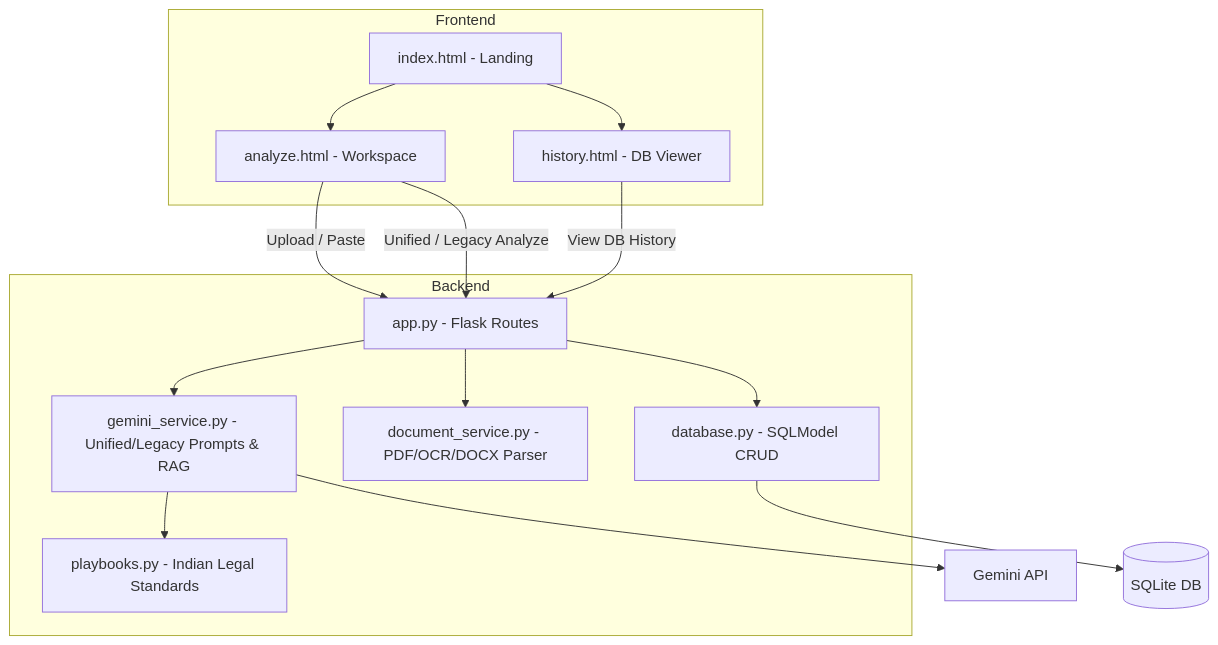
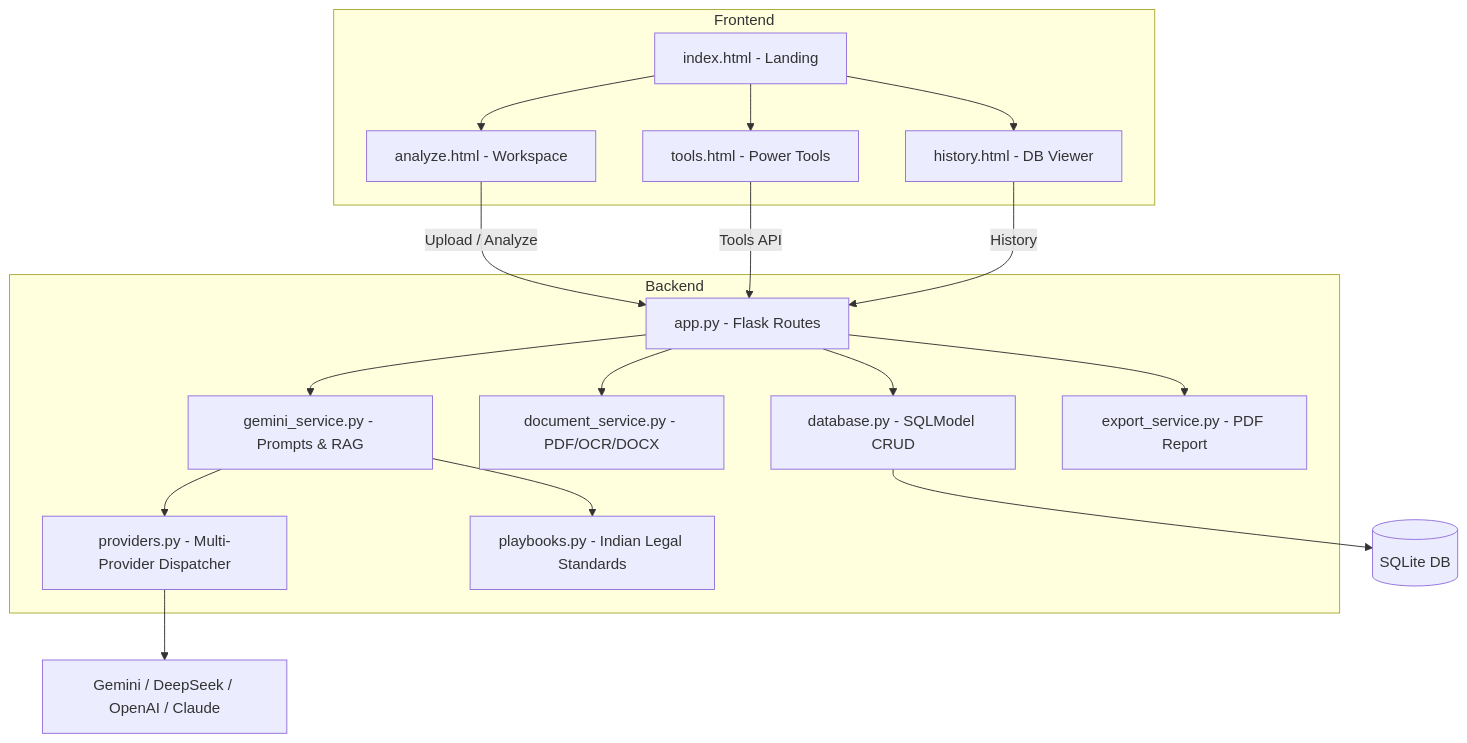
The diagram in README.md (THARUN9959/Clause-Clear-AI), drawn with Mermaid before and after one commit. The commit also changed other lines of this file and 2 other files, not shown here.

````diff
--- a/README.md
+++ b/README.md
@@ -78,21 +135,25 @@
 ```mermaid
 graph TB
     subgraph Frontend
         A[index.html - Landing] --> B[analyze.html - Workspace]
+        A --> T[tools.html - Power Tools]
         A --> C[history.html - DB Viewer]
     end
     subgraph Backend
         D[app.py - Flask Routes]
-        E[gemini_service.py - Unified/Legacy Prompts & RAG]
+        E[gemini_service.py - Prompts & RAG]
+        P[providers.py - Multi-Provider Dispatcher]
         F[playbooks.py - Indian Legal Standards]
-        G[document_service.py - PDF/OCR/DOCX Parser]
+        G[document_service.py - PDF/OCR/DOCX]
         H[database.py - SQLModel CRUD]
+        X[export_service.py - PDF Report]
     end
-    B -->|Upload / Paste| D
-    B -->|Unified / Legacy Analyze| D
-    C -->|View DB History| D
-    D --> E --> I[Gemini API]
+    B -->|Upload / Analyze| D
+    T -->|Tools API| D
+    C -->|History| D
+    D --> E --> P --> AI[Gemini / DeepSeek / OpenAI / Claude]
     E --> F
     D --> G
     D --> H --> J[(SQLite DB)]
+    D --> X
 ```
````
